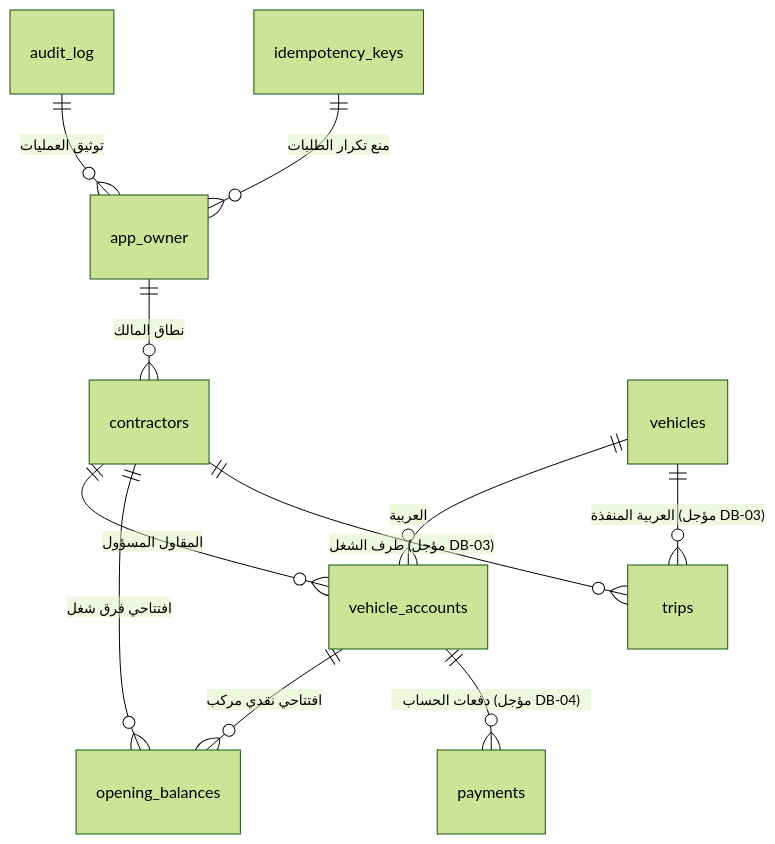
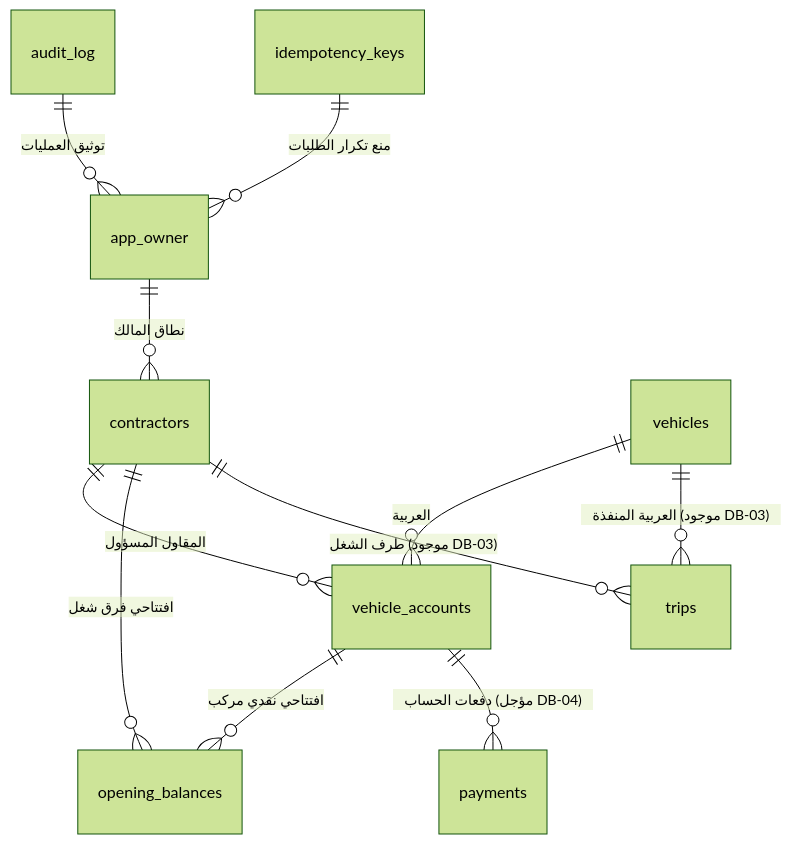
The diagram in docs/DATA_MODEL.md (body199-cmyk/1-mohamed), drawn with Mermaid (forest theme) before and after one commit. The commit also changed other lines of this file, not shown here.

Commit message:
docs(db): align actual trip schema, numeric storage and idempotency fingerprint

````diff
--- a/docs/DATA_MODEL.md
+++ b/docs/DATA_MODEL.md
@@ -59,13 +59,13 @@
 ```mermaid
 erDiagram
     app_owner ||--o{ contractors : "نطاق المالك"
     contractors ||--o{ vehicle_accounts : "المقاول المسؤول"
     vehicles ||--o{ vehicle_accounts : "العربية"
     vehicle_accounts ||--o{ opening_balances : "افتتاحي نقدي مركب"
     contractors ||--o{ opening_balances : "افتتاحي فرق شغل"
-    contractors ||--o{ trips : "طرف الشغل (مؤجل DB-03)"
-    vehicles ||--o{ trips : "العربية المنفذة (مؤجل DB-03)"
+    contractors ||--o{ trips : "طرف الشغل (موجود DB-03)"
+    vehicles ||--o{ trips : "العربية المنفذة (موجود DB-03)"
     vehicle_accounts ||--o{ payments : "دفعات الحساب (مؤجل DB-04)"
     audit_log ||--o{ app_owner : "توثيق العمليات"
     idempotency_keys ||--o{ app_owner : "منع تكرار الطلبات"
 ```
````
